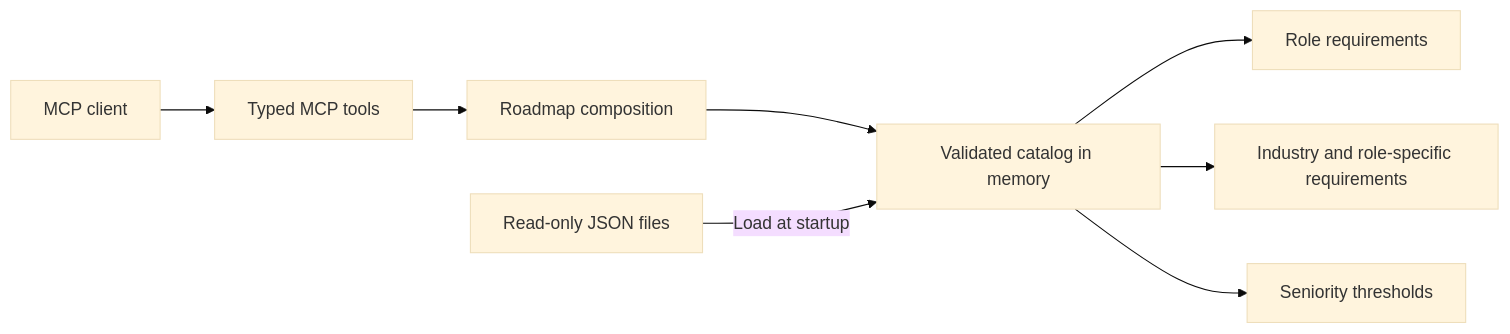
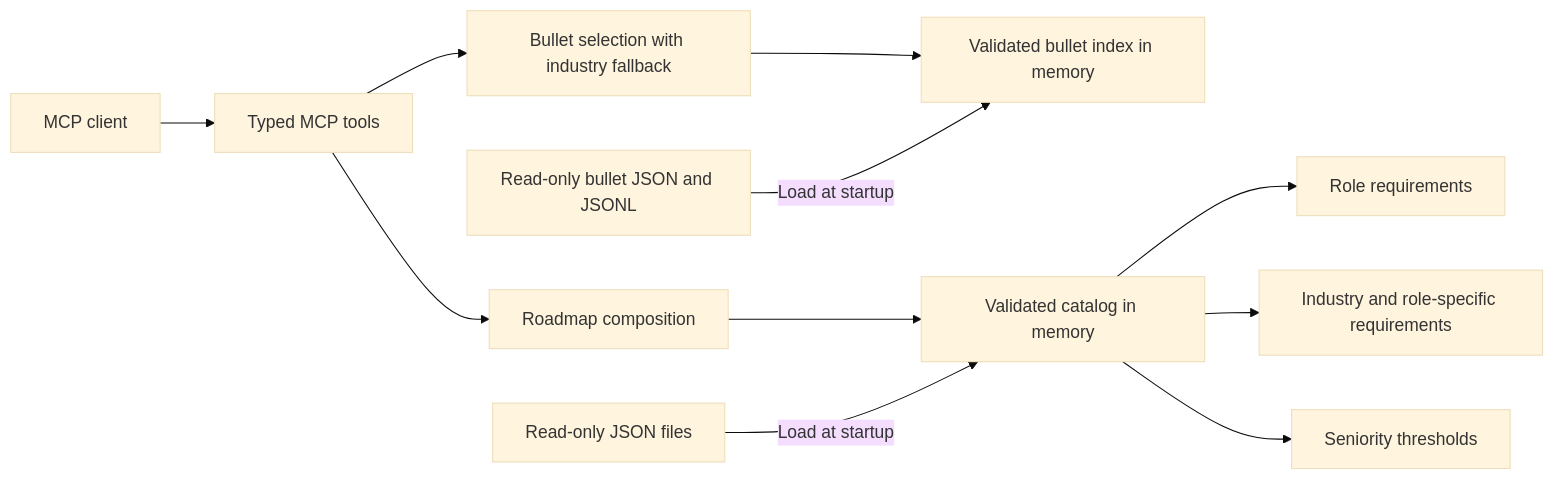
One commit to betrueone/roadmap-mcp changed the diagram in README.md. Above: the diagram before and after it, drawn with Mermaid (base theme). The commit also changed other lines of this file and 20 other files, not shown here.

````diff
--- a/README.md
+++ b/README.md
@@ -164,10 +283,13 @@
 ```mermaid
 flowchart LR
     Client[MCP client] --> MCP[Typed MCP tools]
     MCP --> Service[Roadmap composition]
+    MCP --> Bullets[Bullet selection with industry fallback]
+    Bullets --> BulletSnapshot[Validated bullet index in memory]
+    BulletFiles[Read-only bullet JSON and JSONL] -->|Load at startup| BulletSnapshot
     Service --> Snapshot[Validated catalog in memory]
     Files[Read-only JSON files] -->|Load at startup| Snapshot
     Snapshot --> Role[Role requirements]
     Snapshot --> Industry[Industry and role-specific requirements]
     Snapshot --> Level[Seniority thresholds]
 ```
````
